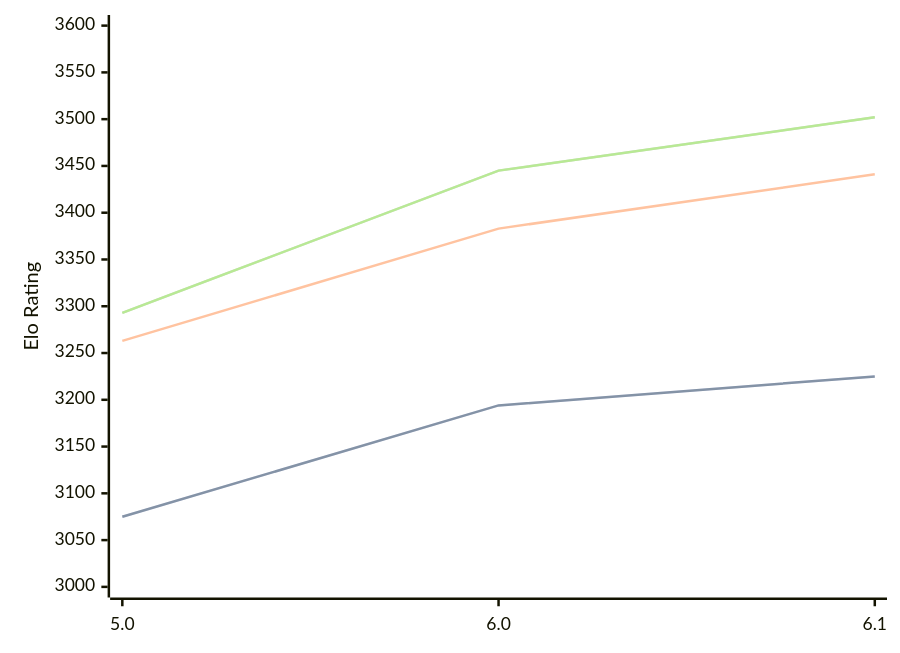
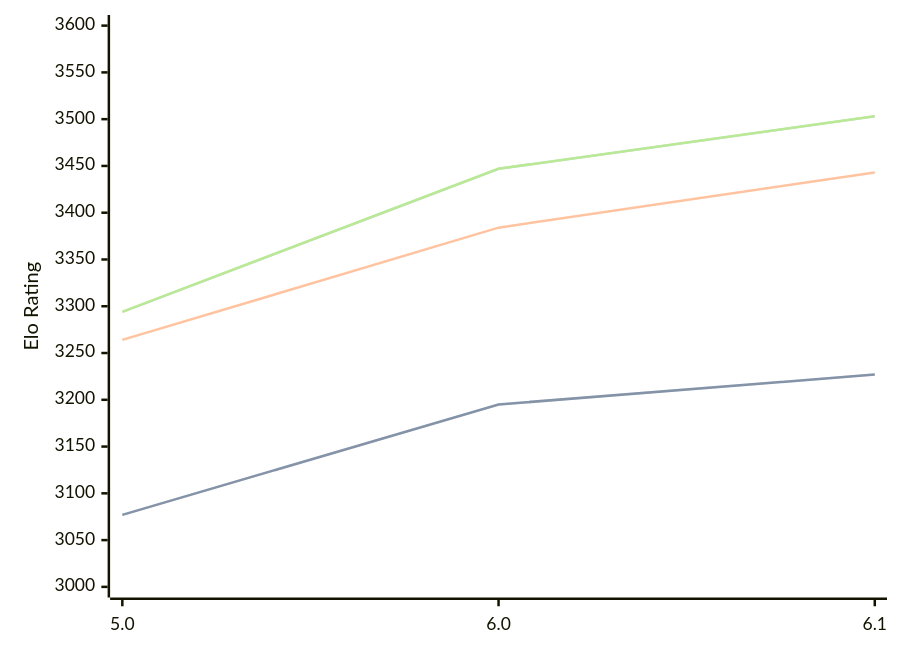
The diagram in engines/PZChessBot.md (computer-chess-index/cci), drawn with Mermaid before and after one commit. The commit also changed other lines of this file, not shown here.

Commit message:
Update CCI Ratings (ELO VLTC) - 2026-03-29

````diff
--- a/engines/PZChessBot.md
+++ b/engines/PZChessBot.md
@@ -42,11 +42,11 @@
 ```mermaid
 %%{init: {"theme":"base","themeVariables":{"seriesColors:['#a3a3a3','#222221','#faa371']}}}%%
 xychart-beta
   x-axis ["5.0", "6.0", "6.1"]
   y-axis "Elo Rating" 3000 --> 3600
-  line "STC (8.0+0.08s)" [3075, 3194, 3225]
-  line "STC (8.0+0.08s)" [3075, 3194, 3225]
-  line "LTC (60.0+0.60s)" [3263, 3383, 3441]
-  line "VLTC (2m24s+1.12s)" [3293, 3445, 3502]
-  line "VLTC (2m24s+1.12s)" [3293, 3445, 3502]
+  line "STC (8.0+0.08s)" [3077, 3195, 3227]
+  line "STC (8.0+0.08s)" [3077, 3195, 3227]
+  line "LTC (60.0+0.60s)" [3264, 3384, 3443]
+  line "VLTC (2m24s+1.12s)" [3294, 3447, 3503]
+  line "VLTC (2m24s+1.12s)" [3294, 3447, 3503]
 ```
````
